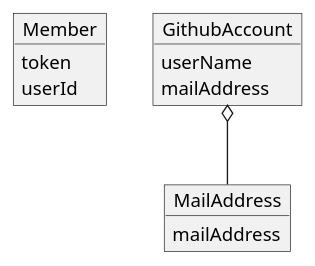
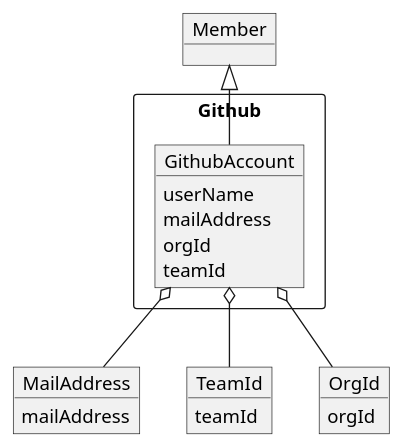
The diagram in doc/model.pu (dskst/github-manager), drawn with PlantUML before and after one commit.

Commit message:
Make value object for model

```diff
--- a/doc/model.pu
+++ b/doc/model.pu
@@ -1,16 +1,29 @@
 @startuml object
 
-object Member
-Member : token
-Member : userId
+object Member {
+}
 
-object GithubAccount
-GithubAccount : userName
-GithubAccount : mailAddress
+rectangle Github {
+    object GithubAccount {
+        userName
+        mailAddress
+        orgId
+        teamId
+    }
+}
 
-object MailAddress
+object MailAddress 
 MailAddress : mailAddress
 
+object TeamId
+TeamId : teamId
+
+object OrgId
+OrgId : orgId
+
+Member <|-- GithubAccount
 GithubAccount o-- MailAddress
+GithubAccount o-- TeamId
+GithubAccount o-- OrgId
 
 @enduml
```
